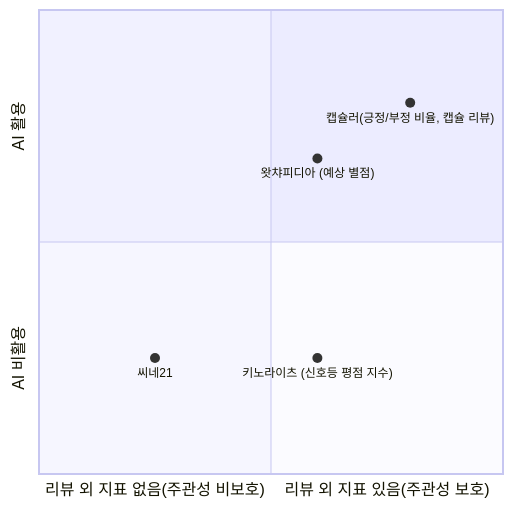
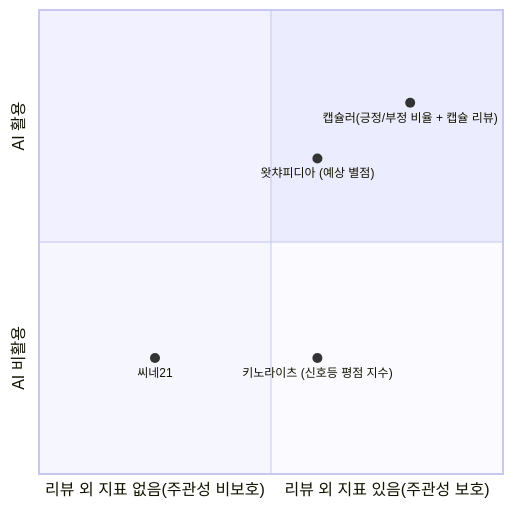
Before and after one commit to kbs-kbs/2025-1-AISP: the first of 3 diagrams in 인공지능 서비스 프로젝트​ 개발 계획서.md, drawn with Mermaid.

Commit message:
Update 인공지능 서비스 프로젝트​ 개발 계획서.md

````diff
--- a/인공지능 서비스 프로젝트​ 개발 계획서.md
+++ b/인공지능 서비스 프로젝트​ 개발 계획서.md
@@ -81,11 +81,11 @@
 ```mermaid
 %%{init: {"quadrantChart": {"pointTextPadding": 10}}}%%
 quadrantChart
     x-axis "리뷰 외 지표 없음(주관성 비보호)" --> "리뷰 외 지표 있음(주관성 보호)"
     y-axis "AI 비활용" --> "AI 활용"
     "키노라이츠 (신호등 평점 지수)": [0.6, 0.25]
     "왓챠피디아 (예상 별점)": [0.6, 0.68]
     "씨네21": [0.25, 0.25]
-    "캡슐러(긍정/부정 비율, 캡슐 리뷰)": [0.8, 0.8]
+    "캡슐러(긍정/부정 비율 + 캡슐 리뷰)": [0.8, 0.8]
 
 ```
````
